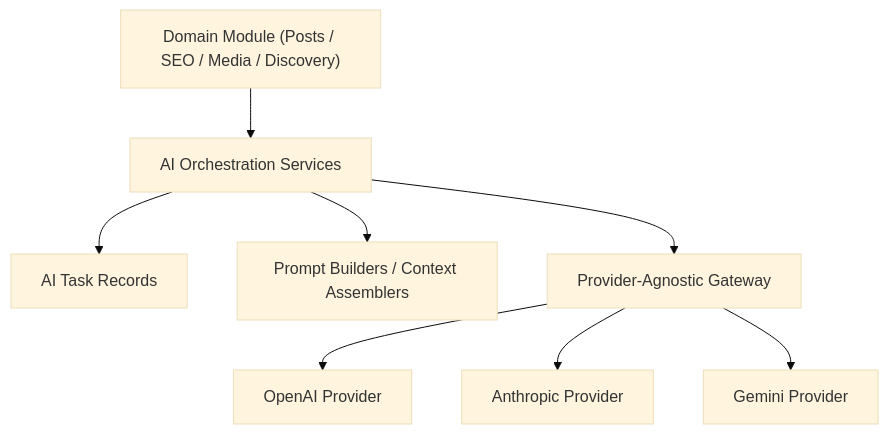
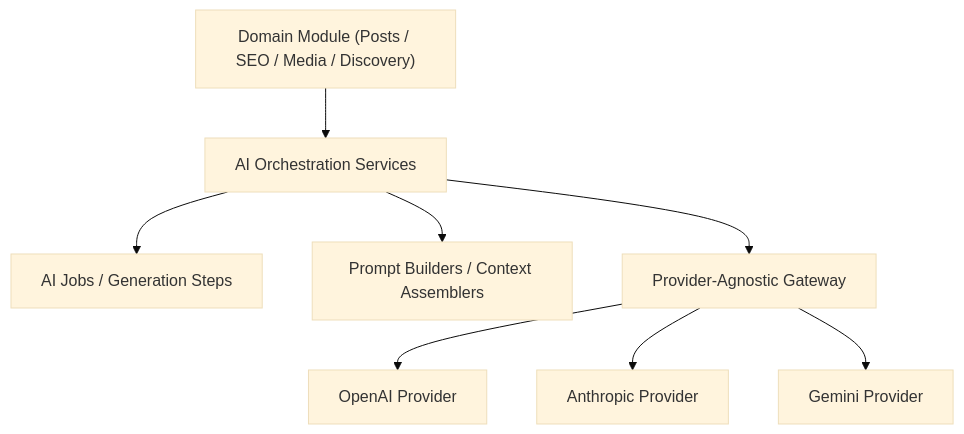
The sixth of 7 diagrams in docs/ARCHITECTURE.md (shamamit11/wwb-service), drawn with Mermaid (base theme) before and after one commit. The commit also changed other lines of this file and 13 other files, not shown here.

````diff
--- a/docs/ARCHITECTURE.md
+++ b/docs/ARCHITECTURE.md
@@ -777,10 +778,10 @@
 ```mermaid
 flowchart TD
     A["Domain Module (Posts / SEO / Media / Discovery)"] --> B["AI Orchestration Services"]
-    B --> C["AI Task Records"]
+    B --> C["AI Jobs / Generation Steps"]
     B --> D["Prompt Builders / Context Assemblers"]
     B --> E["Provider-Agnostic Gateway"]
     E --> F["OpenAI Provider"]
     E --> G["Anthropic Provider"]
     E --> H["Gemini Provider"]
 ```
````
